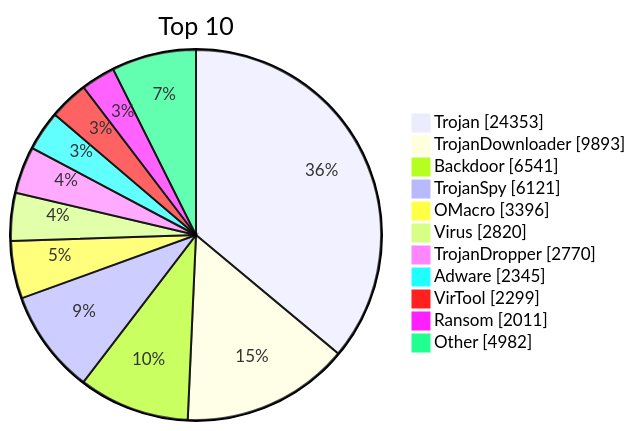
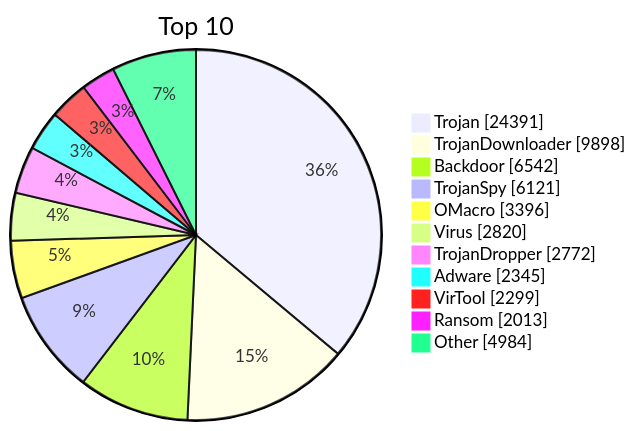
The diagram in README.md (JerryLinLinLin/huorong-virdb-changelog), drawn with Mermaid before and after one commit. The commit also changed other lines of this file and 15 other files, not shown here.

````diff
--- a/README.md
+++ b/README.md
@@ -19,15 +19,15 @@
 ```mermaid
 pie showData
     title Top 10
-    "Trojan" : 24353
-    "TrojanDownloader" : 9893
-    "Backdoor" : 6541
+    "Trojan" : 24391
+    "TrojanDownloader" : 9898
+    "Backdoor" : 6542
     "TrojanSpy" : 6121
     "OMacro" : 3396
     "Virus" : 2820
-    "TrojanDropper" : 2770
+    "TrojanDropper" : 2772
     "Adware" : 2345
     "VirTool" : 2299
-    "Ransom" : 2011
-    "Other" : 4982
+    "Ransom" : 2013
+    "Other" : 4984
 ```
````
